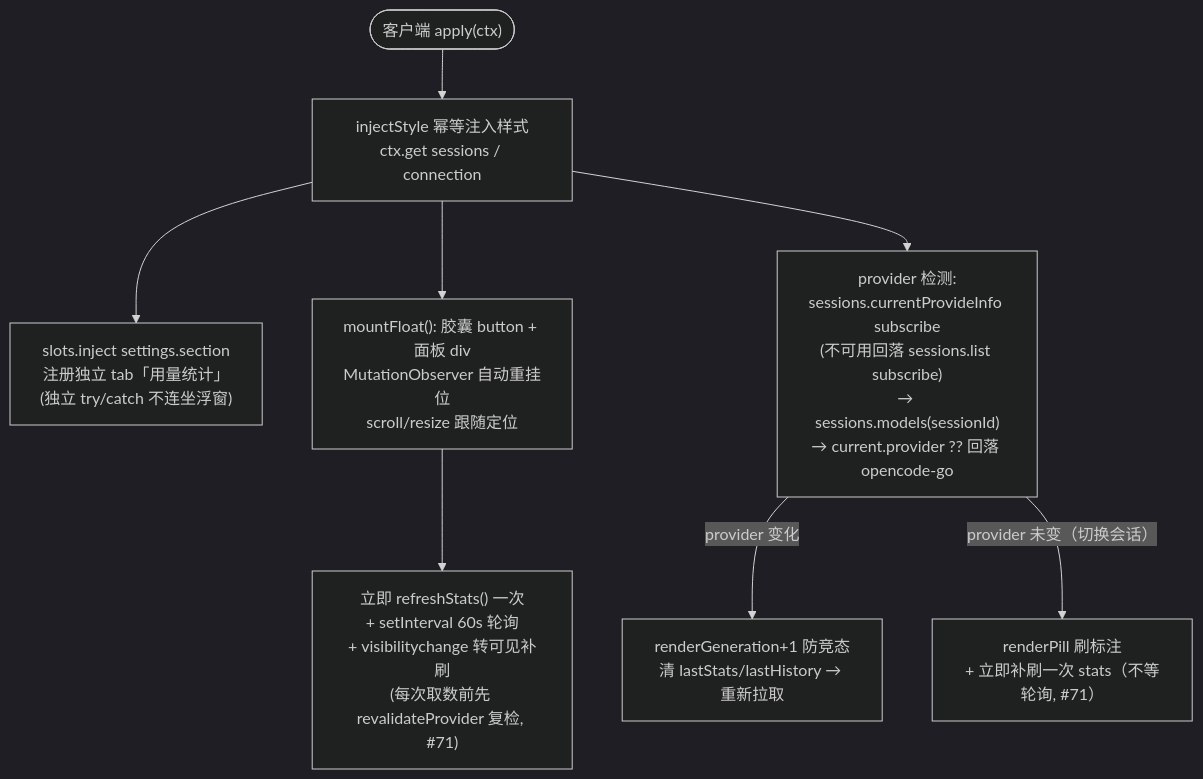
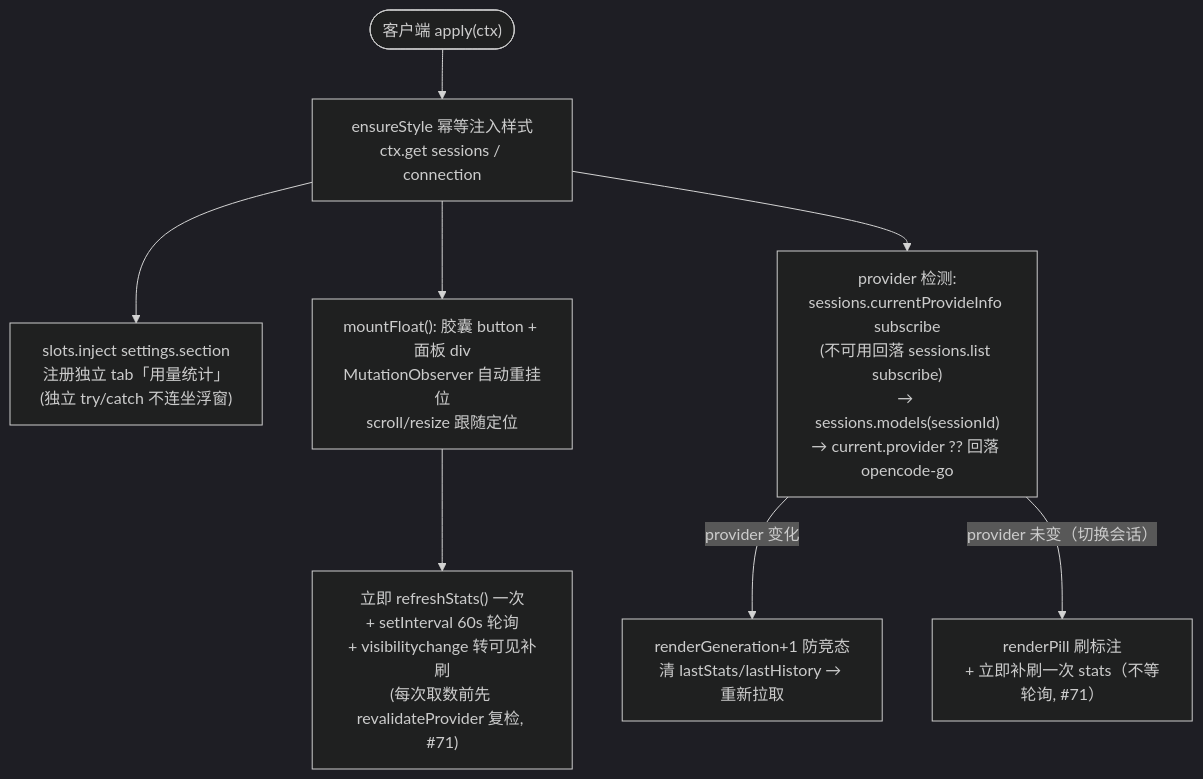
One commit to wingsky-1/dsh-plugin-hub changed the eighth of 10 diagrams in packages/dsh-provider-usage/docs/architecture.md. Above: the diagram before and after it, drawn with Mermaid (dark theme). The commit also changed 24 other files, not shown here.

````diff
--- a/packages/dsh-provider-usage/docs/architecture.md
+++ b/packages/dsh-provider-usage/docs/architecture.md
@@ -300,10 +300,10 @@
 ```mermaid
 flowchart TD
-    S(["客户端 apply(ctx)"]) --> A["injectStyle 幂等注入样式<br/>ctx.get sessions / connection"]
+    S(["客户端 apply(ctx)"]) --> A["ensureStyle 幂等注入样式<br/>ctx.get sessions / connection"]
     A --> B["slots.inject settings.section<br/>注册独立 tab「用量统计」<br/>(独立 try/catch 不连坐浮窗)"]
     A --> C["mountFloat(): 胶囊 button + 面板 div<br/>MutationObserver 自动重挂位<br/>scroll/resize 跟随定位"]
     C --> D["立即 refreshStats() 一次<br/>+ setInterval 60s 轮询<br/>+ visibilitychange 转可见补刷<br/>(每次取数前先 revalidateProvider 复检, #71)"]
     A --> E["provider 检测:<br/>sessions.currentProvideInfo subscribe<br/>(不可用回落 sessions.list subscribe)<br/>→ sessions.models(sessionId)<br/>→ current.provider ?? 回落 opencode-go"]
     E -->|"provider 变化"| F["renderGeneration+1 防竞态<br/>清 lastStats/lastHistory → 重新拉取"]
     E -->|"provider 未变（切换会话）"| G["renderPill 刷标注<br/>+ 立即补刷一次 stats（不等轮询, #71）"]
 ```
````
